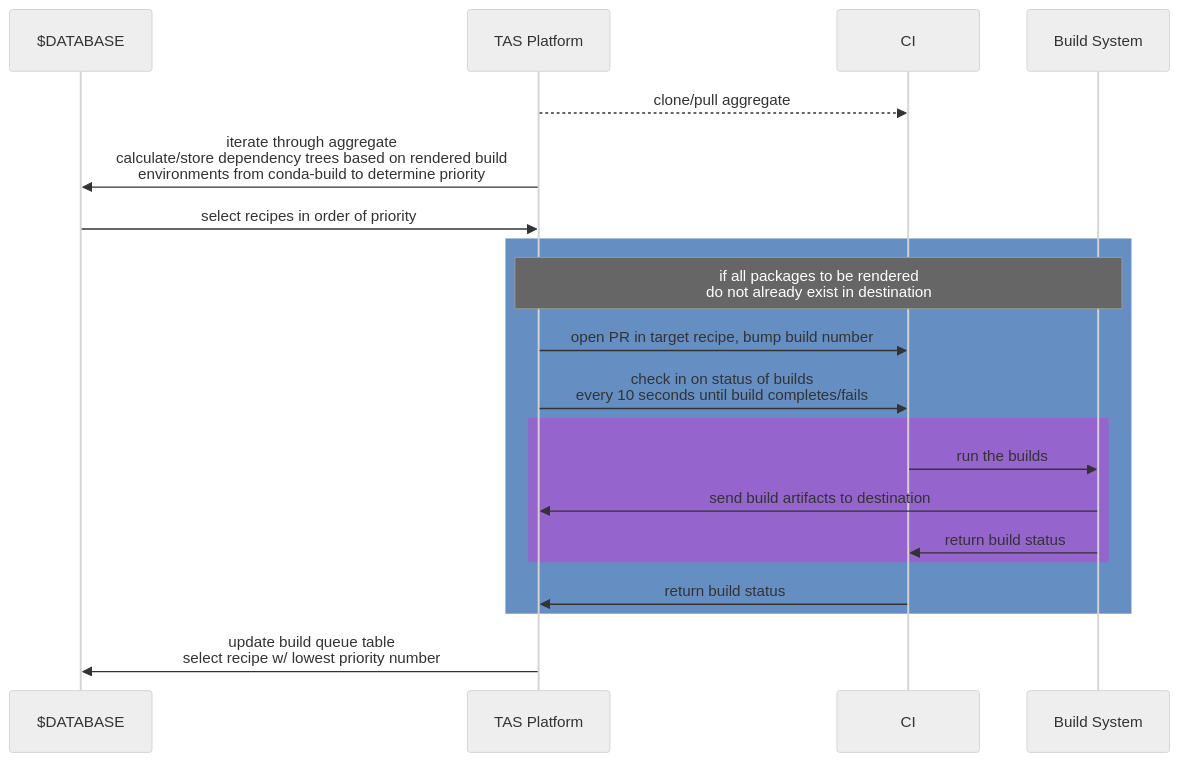
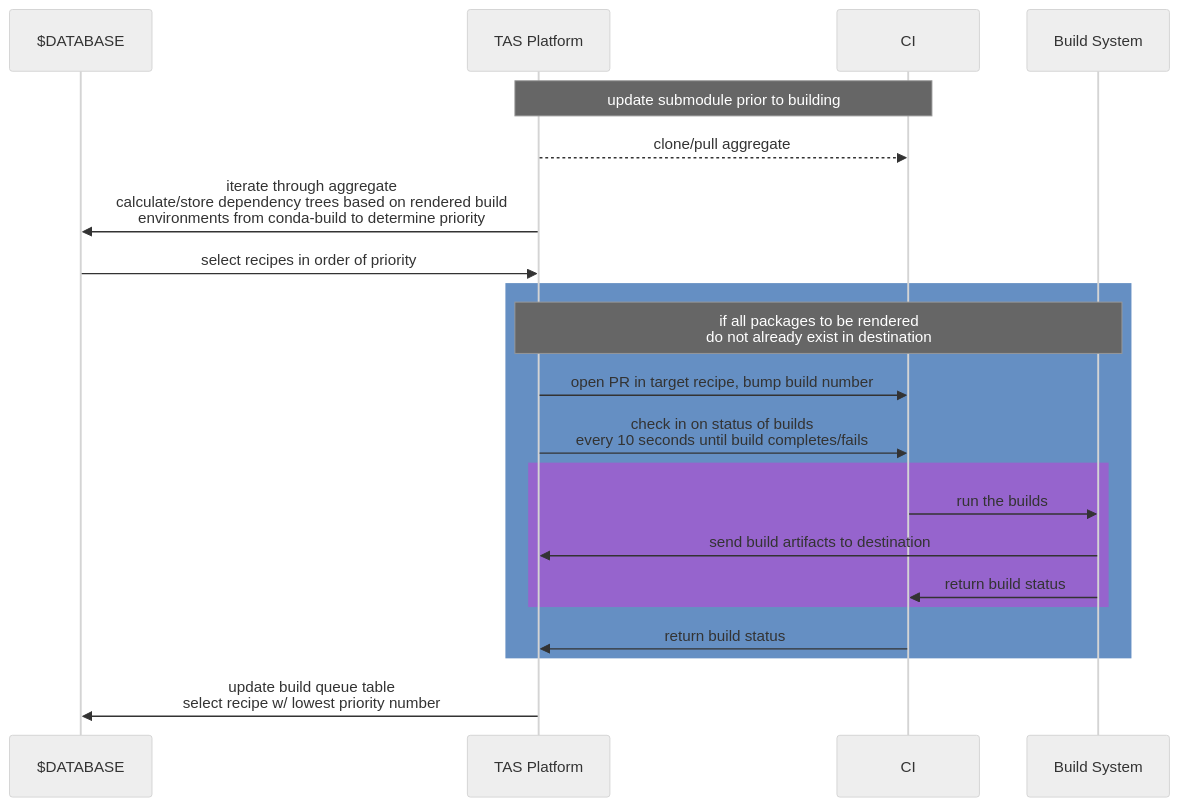
The diagram in docs/architecture.md (mxava/tas-platform), drawn with Mermaid (neutral theme) before and after one commit.

````diff
--- a/docs/architecture.md
+++ b/docs/architecture.md
@@ -3,22 +3,23 @@
 ```mermaid
 sequenceDiagram
     participant $DATABASE
     participant TAS Platform
     participant CI
     participant Build System
+    Note over TAS Platform,CI: update submodule prior to building
     TAS Platform-->>CI: clone/pull aggregate
     TAS Platform->>$DATABASE: iterate through aggregate<br/>calculate/store dependency trees based on rendered build<br/>environments from conda-build to determine priority
     $DATABASE->>TAS Platform: select recipes in order of priority
     rect rgb(101, 143, 195)
     Note over TAS Platform,Build System: if all packages to be rendered<br/>do not already exist in destination
     TAS Platform->>CI: open PR in target recipe, bump build number
     TAS Platform->>CI: check in on status of builds<br/>every 10 seconds until build completes/fails
     rect rgb(150, 100, 205)
     CI->>Build System: run the builds
     Build System->>TAS Platform: send build artifacts to destination
     Build System->>CI: return build status
     end
     CI->>TAS Platform: return build status
     end
     TAS Platform->>$DATABASE: update build queue table<br/>select recipe w/ lowest priority number    
 ```
````
